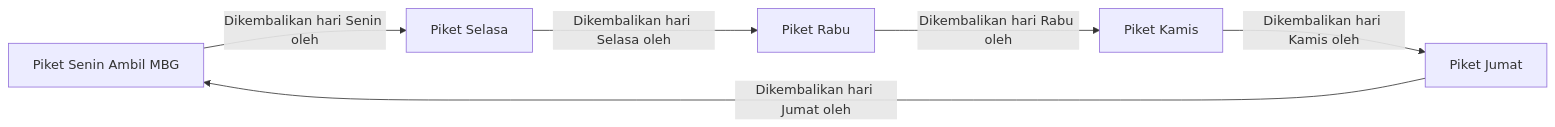
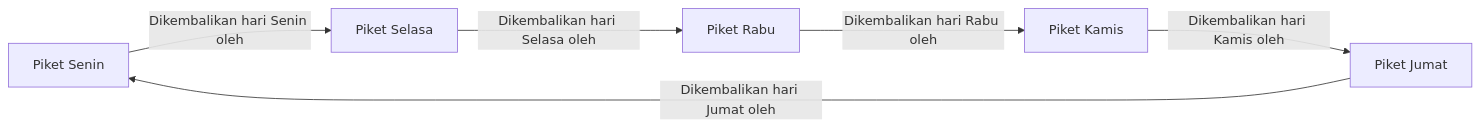
Before and after one commit to fendyramadhani9-cloud/Bot-tugas-reminder: the third of 3 diagrams in README.md, drawn with Mermaid. The commit also changed other lines of this file, not shown here.

````diff
--- a/README.md
+++ b/README.md
@@ -126,8 +126,8 @@
 ```mermaid
 graph LR
     Senin[Piket Senin Ambil MBG] -->|Dikembalikan hari Senin oleh| Selasa[Piket Selasa]
     Selasa -->|Dikembalikan hari Selasa oleh| Rabu[Piket Rabu]
     Rabu -->|Dikembalikan hari Rabu oleh| Kamis[Piket Kamis]
     Kamis -->|Dikembalikan hari Kamis oleh| Jumat[Piket Jumat]
-    Jumat -->|Dikembalikan hari Jumat oleh| Senin
+    Jumat -->|Dikembalikan hari Jumat oleh| Senin[Piket Senin]
 ```
````
